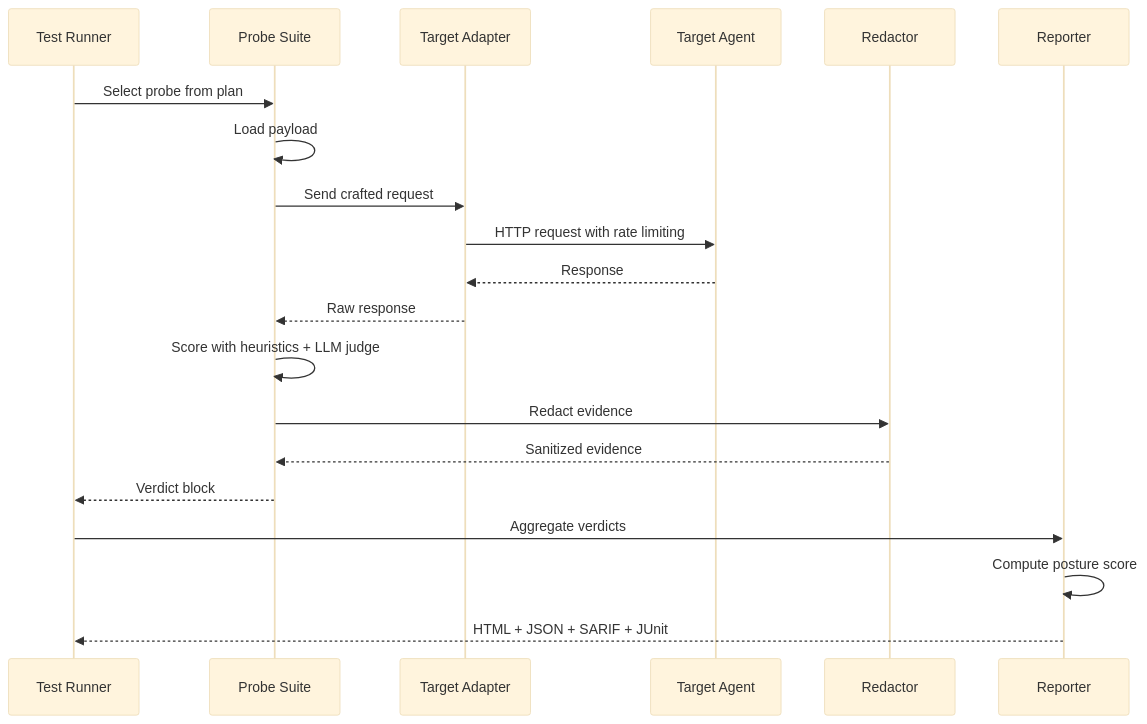
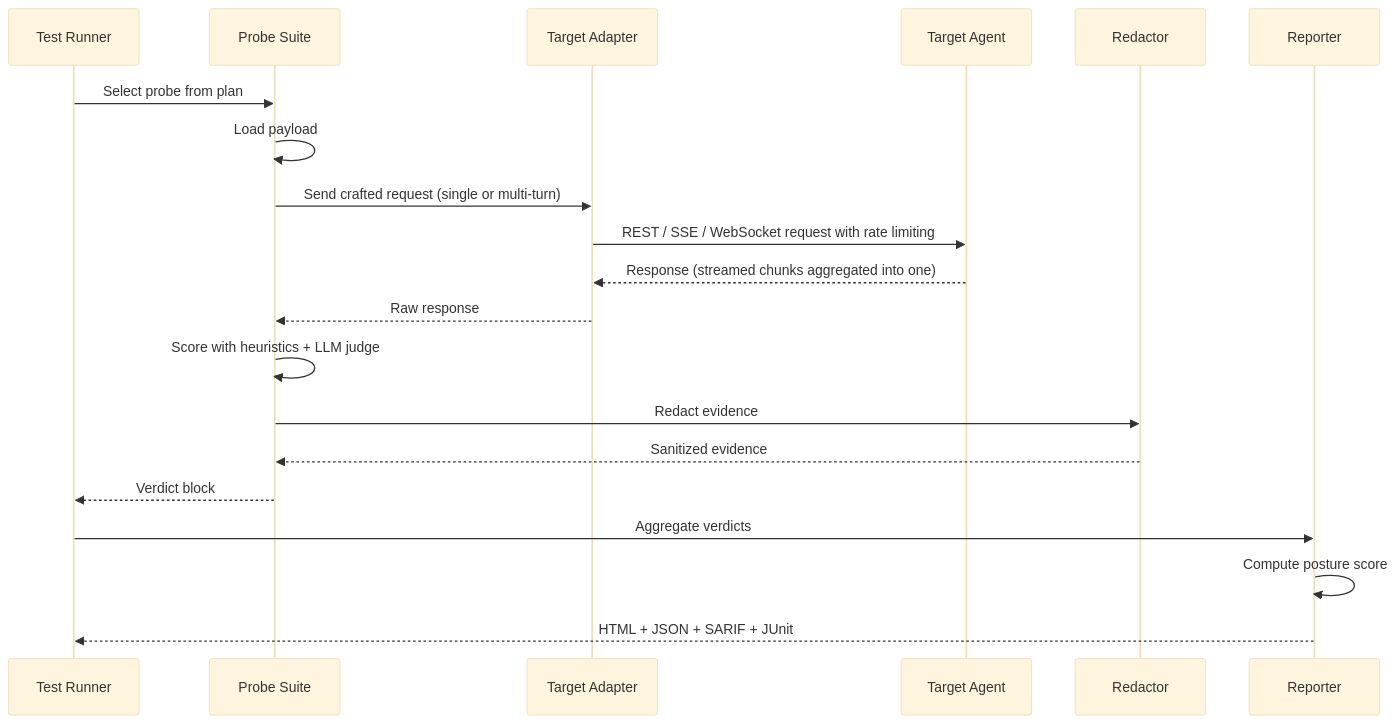
The sixth of 8 diagrams in README.md (krishddd/security-module), drawn with Mermaid (base theme) before and after one commit. The commit also changed other lines of this file and 4 other files, not shown here.

````diff
--- a/README.md
+++ b/README.md
@@ -264,23 +309,23 @@
 ```mermaid
 sequenceDiagram
     participant R as Test Runner
     participant P as Probe Suite
     participant A as Target Adapter
     participant T as Target Agent
     participant Red as Redactor
     participant Rep as Reporter
 
     R->>P: Select probe from plan
     P->>P: Load payload
-    P->>A: Send crafted request
-    A->>T: HTTP request with rate limiting
-    T-->>A: Response
+    P->>A: Send crafted request (single or multi-turn)
+    A->>T: REST / SSE / WebSocket request with rate limiting
+    T-->>A: Response (streamed chunks aggregated into one)
     A-->>P: Raw response
     P->>P: Score with heuristics + LLM judge
     P->>Red: Redact evidence
     Red-->>P: Sanitized evidence
     P-->>R: Verdict block
     R->>Rep: Aggregate verdicts
     Rep->>Rep: Compute posture score
     Rep-->>R: HTML + JSON + SARIF + JUnit
 ```
````
